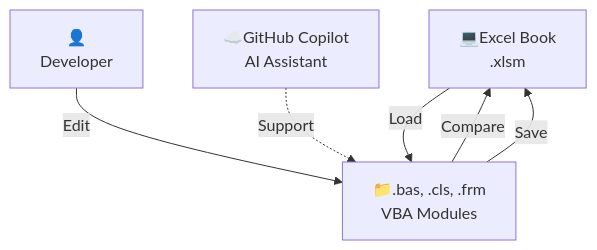
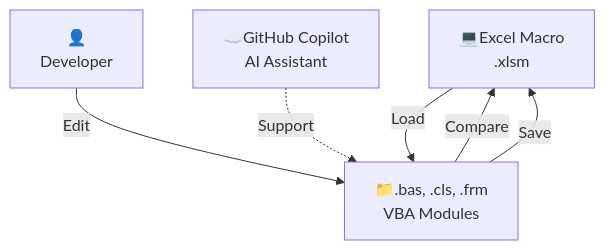
One commit to taizod1024/vscode-excel-vba-extension changed the diagram in README.md. Above: the diagram before and after it, drawn with Mermaid. The commit also changed other lines of this file and 6 other files, not shown here.

Commit message:
feat: update terminology from "Excel Book" to "Excel Macro" in README, scripts, and commands

````diff
--- a/README.md
+++ b/README.md
@@ -7,13 +7,13 @@
 ```mermaid
 graph TD
-    A["💻Excel Book<br/>.xlsm"]
+    A["💻Excel Macro<br/>.xlsm"]
     B["📁.bas, .cls, .frm<br/>VBA Modules"]
     P["👤<br/>Developer"]
     E["☁️GitHub Copilot<br/>AI Assistant"]
 
     A -->|Load| B
     P -->|Edit| B
     B -->|Compare| A
     B -->|Save| A
     E -.->|Support| B
 ```
````
